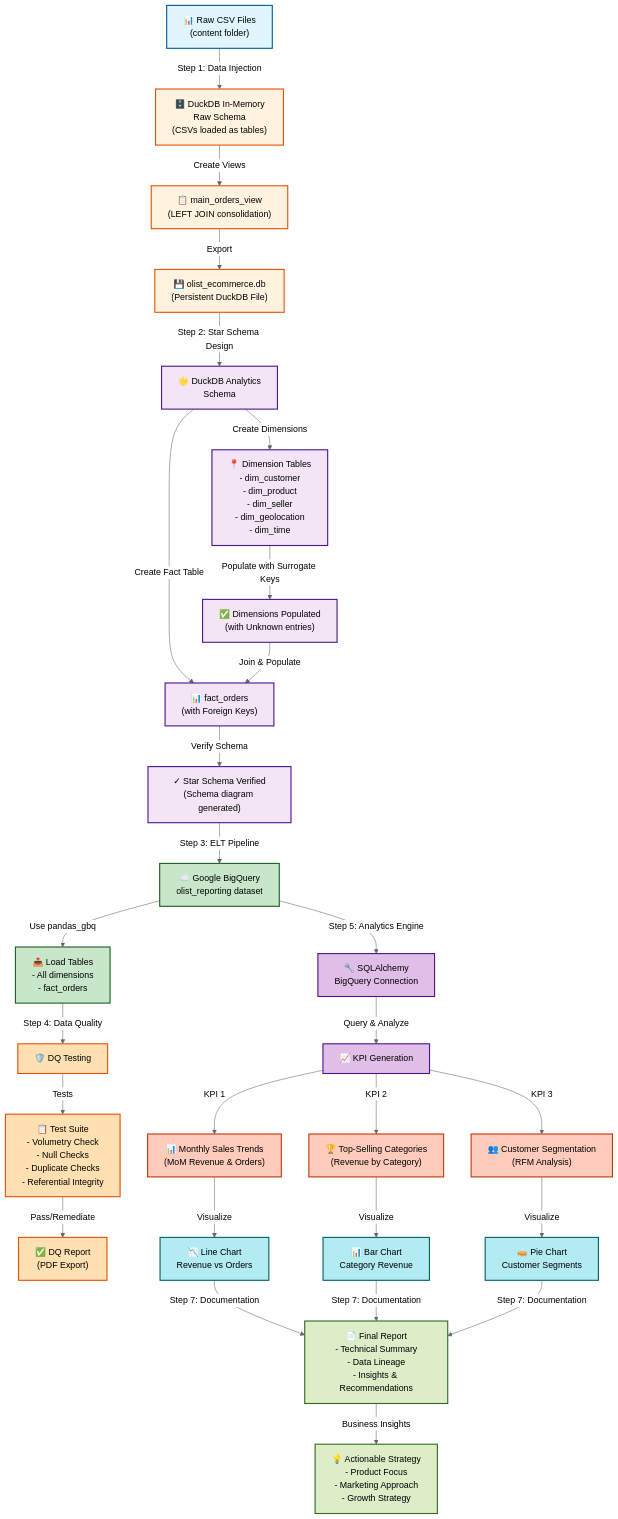
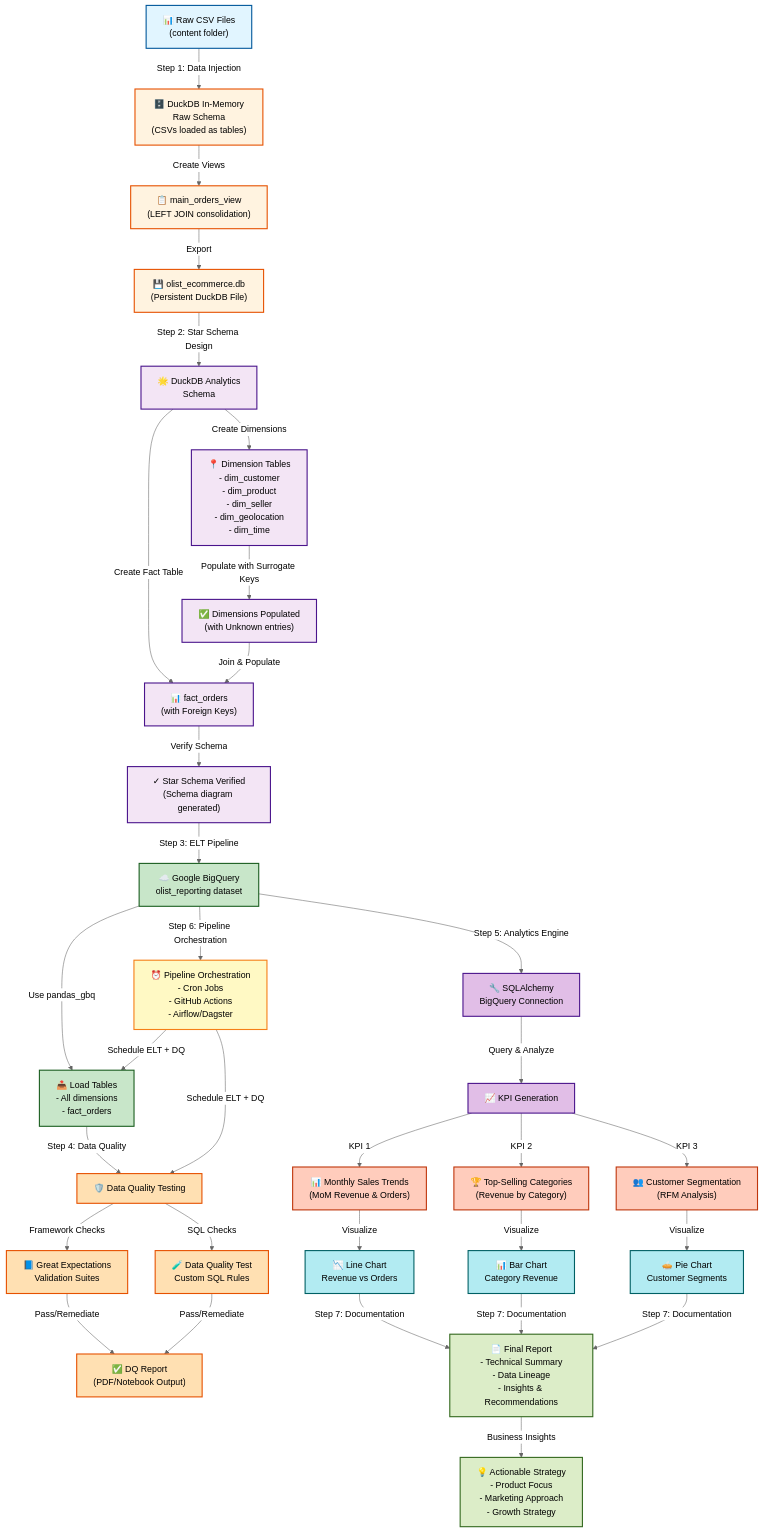
One commit to chinwarsoon/dsai-5m-projects changed the diagram in m2-project/workflow.md. Above: the diagram before and after it, drawn with Mermaid (neutral theme). The commit also changed 5 other files, not shown here.

````diff
--- a/m2-project/workflow.md
+++ b/m2-project/workflow.md
@@ -10,70 +10,78 @@
 ```mermaid
 graph TD
     A["📊 Raw CSV Files<br/>(content folder)"] -->|Step 1: Data Injection| B["🗄️ DuckDB In-Memory<br/>Raw Schema<br/>(CSVs loaded as tables)"]
     
     B -->|Create Views| C["📋 main_orders_view<br/>(LEFT JOIN consolidation)"]
     C -->|Export| D["💾 olist_ecommerce.db<br/>(Persistent DuckDB File)"]
     
     D -->|Step 2: Star Schema Design| E["🌟 DuckDB Analytics<br/>Schema"]
     
     E -->|Create Dimensions| F["📍 Dimension Tables<br/>- dim_customer<br/>- dim_product<br/>- dim_seller<br/>- dim_geolocation<br/>- dim_time"]
     
     F -->|Populate with Surrogate Keys| G["✅ Dimensions Populated<br/>(with Unknown entries)"]
     
     E -->|Create Fact Table| H["📊 fact_orders<br/>(with Foreign Keys)"]
     
     G -->|Join & Populate| H
     
     H -->|Verify Schema| I["✓ Star Schema Verified<br/>(Schema diagram generated)"]
     
     I -->|Step 3: ELT Pipeline| J["☁️ Google BigQuery<br/>olist_reporting dataset"]
     
     J -->|Use pandas_gbq| K["📤 Load Tables<br/>- All dimensions<br/>- fact_orders"]
     
-    K -->|Step 4: Data Quality| L["🛡️ DQ Testing"]
+    K -->|Step 4: Data Quality| L["🛡️ Data Quality Testing"]
     
-    L -->|Tests| M["📋 Test Suite<br/>- Volumetry Check<br/>- Null Checks<br/>- Duplicate Checks<br/>- Referential Integrity"]
+    L -->|Framework Checks| M["📘 Great Expectations<br/>Validation Suites"]
+    L -->|SQL Checks| N["🧪 Data Quality Test<br/>Custom SQL Rules"]
     
-    M -->|Pass/Remediate| N["✅ DQ Report<br/>(PDF Export)"]
+    M -->|Pass/Remediate| O1["✅ DQ Report<br/>(PDF/Notebook Output)"]
+    N -->|Pass/Remediate| O1
+    
+    J -->|Step 6: Pipeline Orchestration| Y["⏰ Pipeline Orchestration<br/>- Cron Jobs<br/>- GitHub Actions<br/>- Airflow/Dagster"]
+    Y -->|Schedule ELT + DQ| K
+    Y -->|Schedule ELT + DQ| L
     
     J -->|Step 5: Analytics Engine| O["🔧 SQLAlchemy<br/>BigQuery Connection"]
     
     O -->|Query & Analyze| P["📈 KPI Generation"]
     
     P -->|KPI 1| Q["📊 Monthly Sales Trends<br/>(MoM Revenue & Orders)"]
     P -->|KPI 2| R["🏆 Top-Selling Categories<br/>(Revenue by Category)"]
     P -->|KPI 3| S["👥 Customer Segmentation<br/>(RFM Analysis)"]
     
     Q -->|Visualize| T["📉 Line Chart<br/>Revenue vs Orders"]
     R -->|Visualize| U["📊 Bar Chart<br/>Category Revenue"]
     S -->|Visualize| V["🥧 Pie Chart<br/>Customer Segments"]
     
     T & U & V -->|Step 7: Documentation| W["📄 Final Report<br/>- Technical Summary<br/>- Data Lineage<br/>- Insights & Recommendations"]
     
     W -->|Business Insights| X["💡 Actionable Strategy<br/>- Product Focus<br/>- Marketing Approach<br/>- Growth Strategy"]
     
     style A fill:#e1f5ff,color:#000,stroke:#01579b,stroke-width:2px
     style B fill:#fff3e0,color:#000,stroke:#e65100,stroke-width:2px
     style C fill:#fff3e0,color:#000,stroke:#e65100,stroke-width:2px
     style D fill:#fff3e0,color:#000,stroke:#e65100,stroke-width:2px
     style E fill:#f3e5f5,color:#000,stroke:#4a148c,stroke-width:2px
     style F fill:#f3e5f5,color:#000,stroke:#4a148c,stroke-width:2px
     style G fill:#f3e5f5,color:#000,stroke:#4a148c,stroke-width:2px
     style H fill:#f3e5f5,color:#000,stroke:#4a148c,stroke-width:2px
     style I fill:#f3e5f5,color:#000,stroke:#4a148c,stroke-width:2px
     style J fill:#c8e6c9,color:#000,stroke:#1b5e20,stroke-width:2px
     style K fill:#c8e6c9,color:#000,stroke:#1b5e20,stroke-width:2px
     style L fill:#ffe0b2,color:#000,stroke:#e65100,stroke-width:2px
     style M fill:#ffe0b2,color:#000,stroke:#e65100,stroke-width:2px
     style N fill:#ffe0b2,color:#000,stroke:#e65100,stroke-width:2px
+    style O1 fill:#ffe0b2,color:#000,stroke:#e65100,stroke-width:2px
     style O fill:#e1bee7,color:#000,stroke:#4a148c,stroke-width:2px
     style P fill:#e1bee7,color:#000,stroke:#4a148c,stroke-width:2px
     style Q fill:#ffccbc,color:#000,stroke:#bf360c,stroke-width:2px
     style R fill:#ffccbc,color:#000,stroke:#bf360c,stroke-width:2px
     style S fill:#ffccbc,color:#000,stroke:#bf360c,stroke-width:2px
     style T fill:#b2ebf2,color:#000,stroke:#006064,stroke-width:2px
     style U fill:#b2ebf2,color:#000,stroke:#006064,stroke-width:2px
     style V fill:#b2ebf2,color:#000,stroke:#006064,stroke-width:2px
     style W fill:#dcedc8,color:#000,stroke:#33691e,stroke-width:2px
     style X fill:#dcedc8,color:#000,stroke:#33691e,stroke-width:2px
+    style Y fill:#fff9c4,color:#000,stroke:#f57f17,stroke-width:2px
 ```
````
